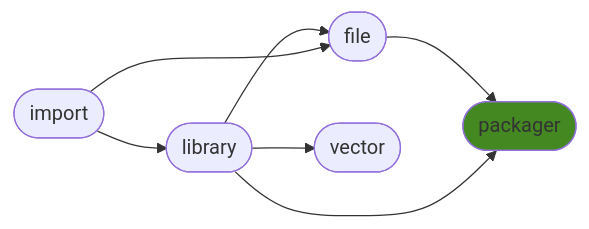
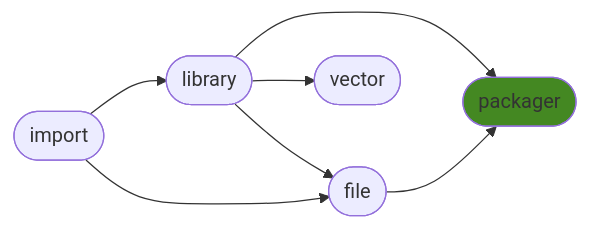
The diagram in README.md (ManderaGeneral/generalpackager), drawn with Mermaid before and after one commit. The commit also changed other lines of this file, not shown here.

````diff
--- a/README.md
+++ b/README.md
@@ -24,15 +24,15 @@
 ```mermaid
 flowchart LR
-2([file]) --> 4([packager])
-1([library]) --> 2([file])
+1([library]) --> 4([packager])
 0([import]) --> 1([library])
 1([library]) --> 3([vector])
-1([library]) --> 4([packager])
+1([library]) --> 2([file])
+2([file]) --> 4([packager])
 0([import]) --> 2([file])
 click 0 "https://github.com/ManderaGeneral/generalimport"
 click 1 "https://github.com/ManderaGeneral/generallibrary"
 click 2 "https://github.com/ManderaGeneral/generalfile"
 click 3 "https://github.com/ManderaGeneral/generalvector"
 click 4 "https://github.com/ManderaGeneral/generalpackager"
 style 4 fill:#482
 ```
````
